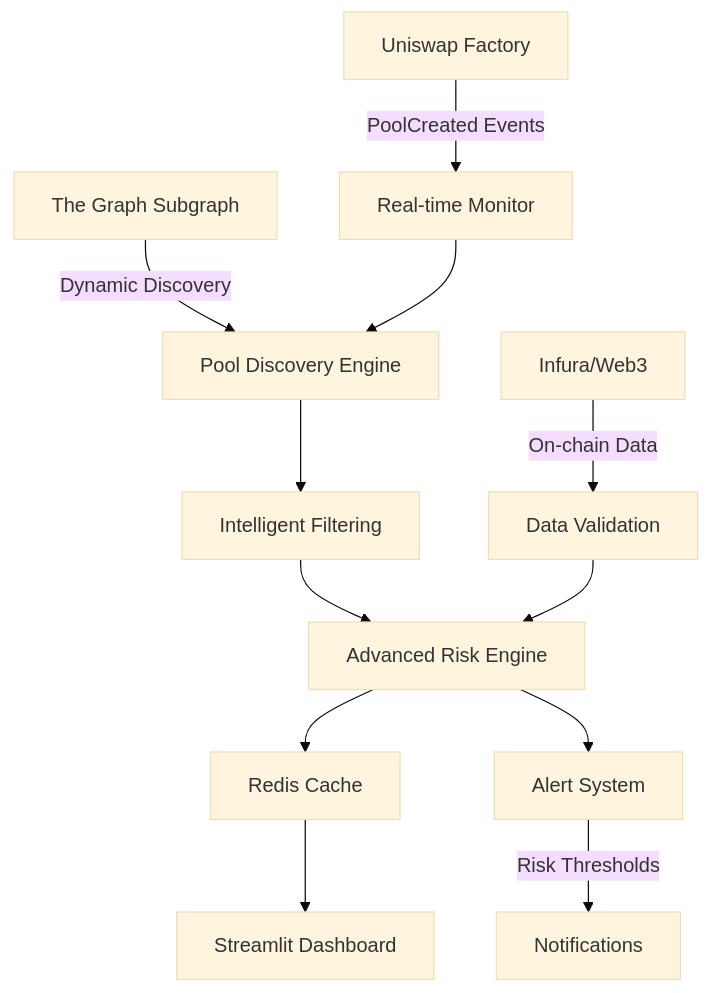
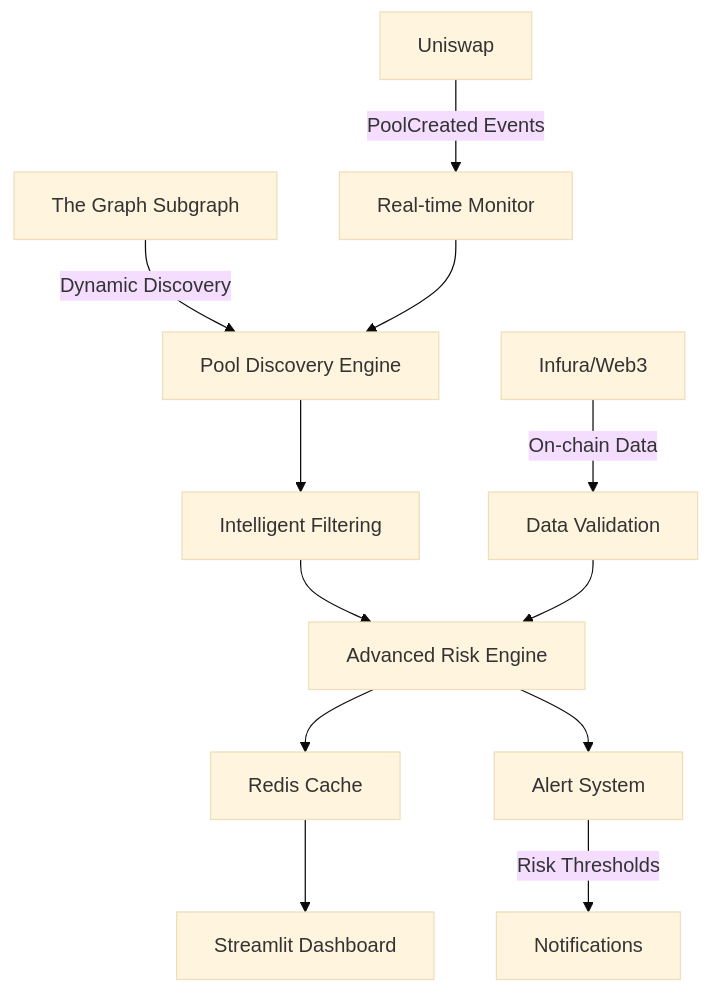
Before and after one commit to Dairus01/uniswap_v3_risk_tracker: the diagram in README.md, drawn with Mermaid (base theme).

Commit message:
README.md

````diff
--- a/README.md
+++ b/README.md
@@ -37,17 +37,17 @@
 ```mermaid
 graph TB
     A[The Graph Subgraph] -->|Dynamic Discovery| B[Pool Discovery Engine]
     B --> C[Intelligent Filtering]
     C --> D[Advanced Risk Engine]
     D --> E[Redis Cache]
     E --> F[Streamlit Dashboard]
     
-    G[Uniswap Factory] -->|PoolCreated Events| H[Real-time Monitor]
+    G[Uniswap] -->|PoolCreated Events| H[Real-time Monitor]
     H --> B
     
     I[Infura/Web3] -->|On-chain Data| J[Data Validation]
     J --> D
     
     K[Alert System] -->|Risk Thresholds| L[Notifications]
     D --> K
 ```
````
